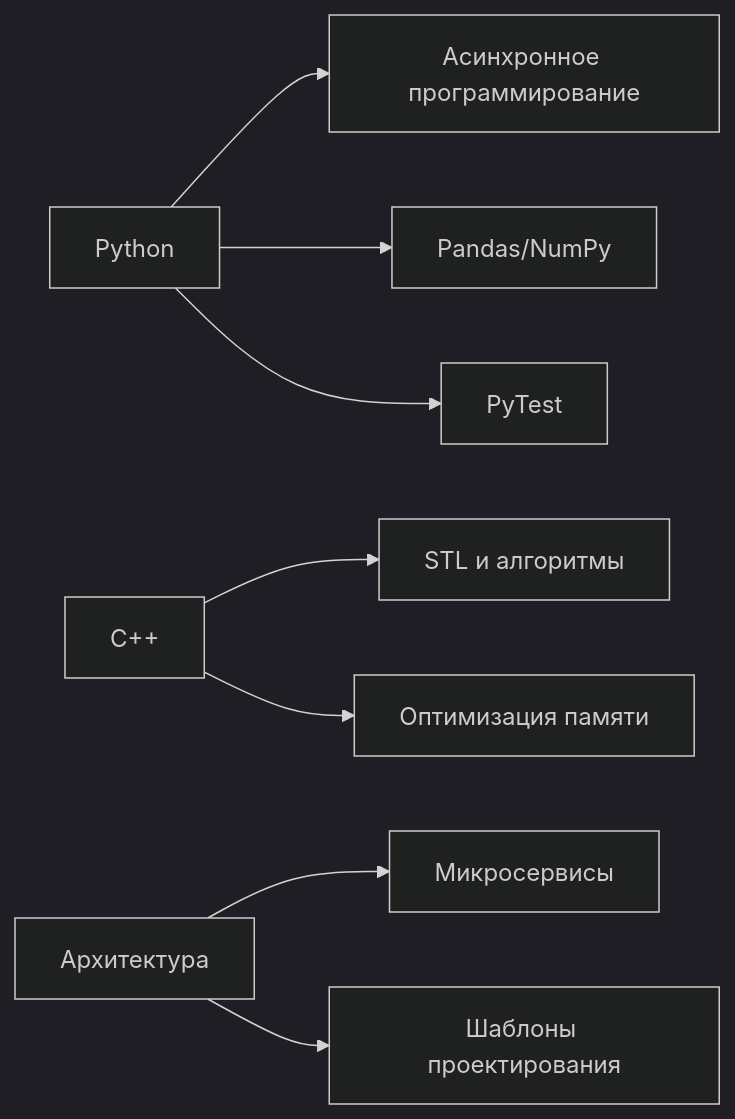
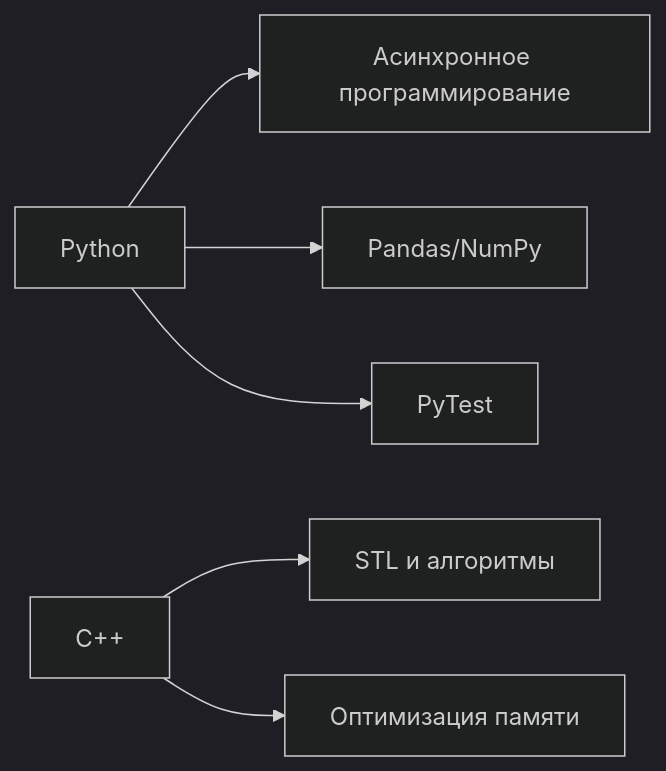
One commit to Lewis-star-alt/Lewis-star-alt changed the diagram in README.md. Above: the diagram before and after it, drawn with Mermaid (dark theme). The commit also changed other lines of this file, not shown here.

````diff
--- a/README.md
+++ b/README.md
@@ -53,10 +57,9 @@
 ```mermaid
 graph LR
 A[Python] --> B[Асинхронное программирование]
 A --> C[Pandas/NumPy]
 A --> D[PyTest]
 E[C++] --> F[STL и алгоритмы]
 E --> G[Оптимизация памяти]
-H[Архитектура] --> I[Микросервисы]
-H --> J[Шаблоны проектирования]
+
 ```
````
